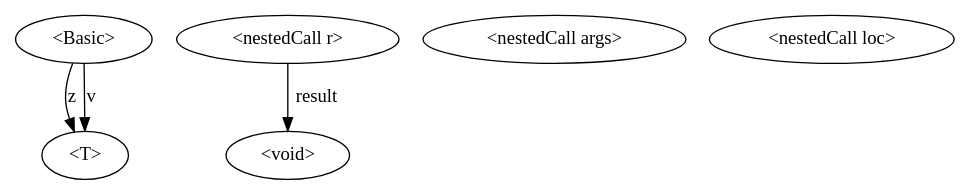
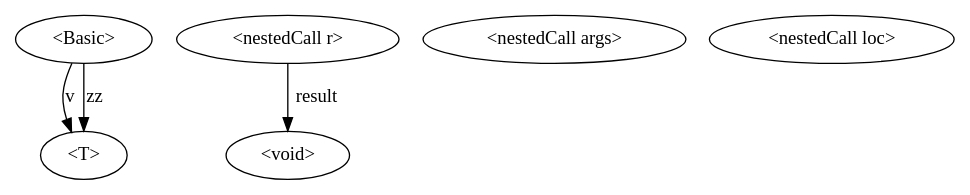
Before and after one commit to varivera/aliasing-java: the diagram in AliasingImpl/source/test.dot, drawn with Graphviz. The commit also changed 3 other files, not shown here.

```diff
--- a/AliasingImpl/source/test.dot
+++ b/AliasingImpl/source/test.dot
@@ -1,11 +1,11 @@
 digraph G {
-n0->n10 [label="z"]
 n0->n10 [label="v"]
+n0->n10 [label="zz"]
 n0[label="<Basic>"]
 n10[label="<T>"]
 n3->n4 [label="result"]
 n3[label="<nestedCall r>"]
 n4[label="<void>"]
 n1[label="<nestedCall args>"]
 n2[label="<nestedCall loc>"]
 }
```
